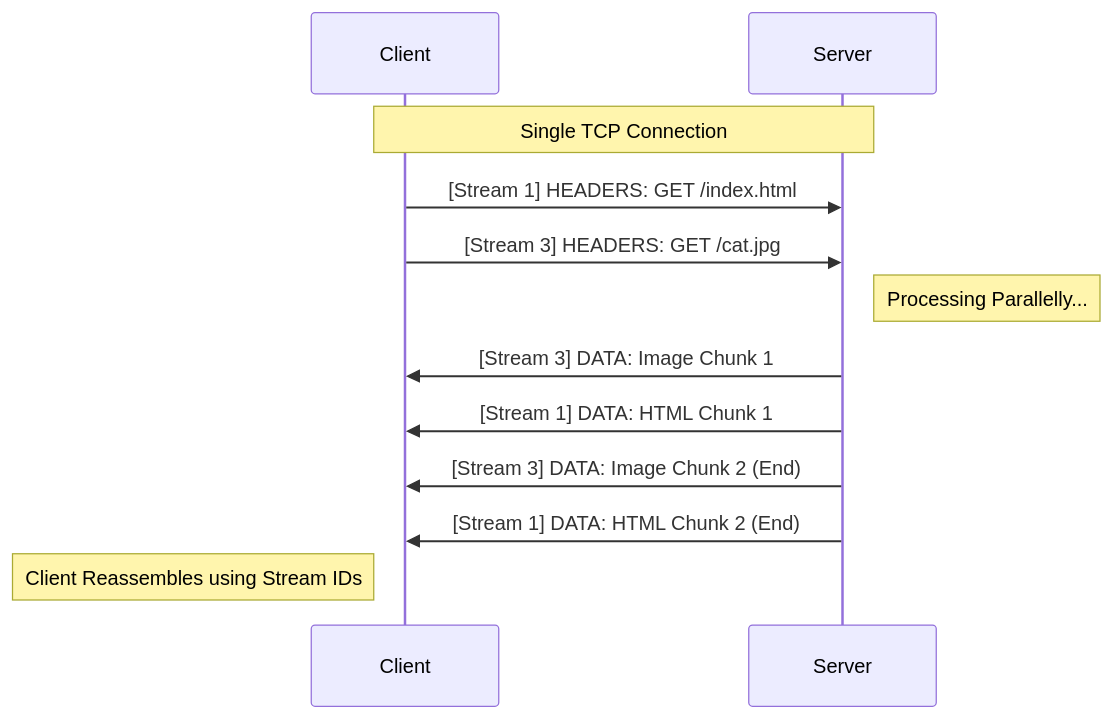
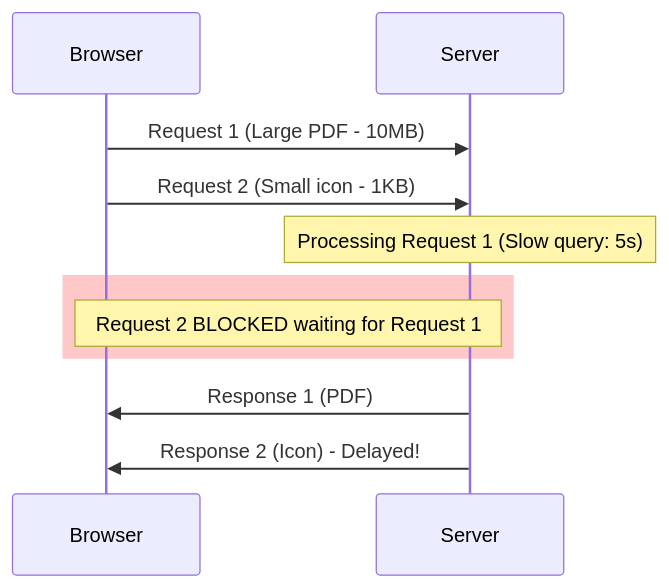
Before and after one commit to Anmol33/SystemDesign: the second of 2 diagrams in networking/02_http_deep_dive.md, drawn with Mermaid. The commit also changed other lines of this file and 3 other files, not shown here.

````diff
--- a/networking/02_http_deep_dive.md
+++ b/networking/02_http_deep_dive.md
@@ -142,19 +495,17 @@
 ```mermaid
 sequenceDiagram
-    participant C as Client
+    participant B as Browser
     participant S as Server
     
-    Note over C,S: Single TCP Connection
+    B->>S: Request 1 (Large PDF - 10MB)
+    B->>S: Request 2 (Small icon - 1KB)
     
-    C->>S: [Stream 1] HEADERS: GET /index.html
-    C->>S: [Stream 3] HEADERS: GET /cat.jpg
+    Note over S: Processing Request 1 (Slow query: 5s)
     
-    Note right of S: Processing Parallelly...
+    rect rgb(255, 200, 200)
+        Note over B,S: Request 2 BLOCKED waiting for Request 1
+    end
     
-    S->>C: [Stream 3] DATA: Image Chunk 1
-    S->>C: [Stream 1] DATA: HTML Chunk 1
-    S->>C: [Stream 3] DATA: Image Chunk 2 (End)
-    S->>C: [Stream 1] DATA: HTML Chunk 2 (End)
-    
-    Note left of C: Client Reassembles using Stream IDs
+    S->>B: Response 1 (PDF)
+    S->>B: Response 2 (Icon) - Delayed!
 ```
````
